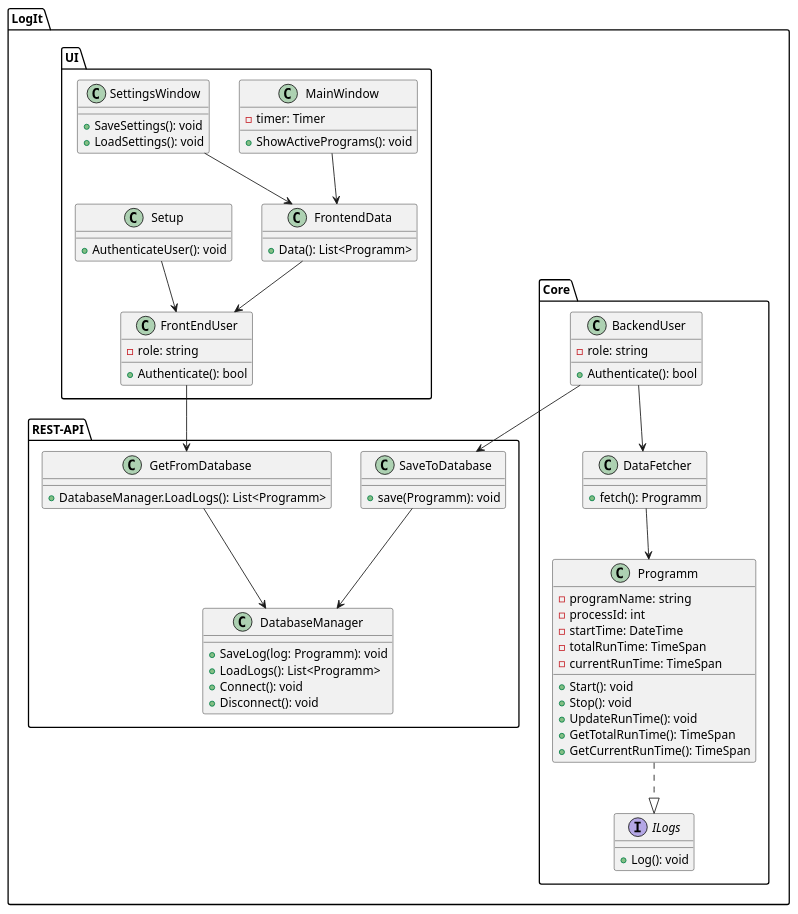
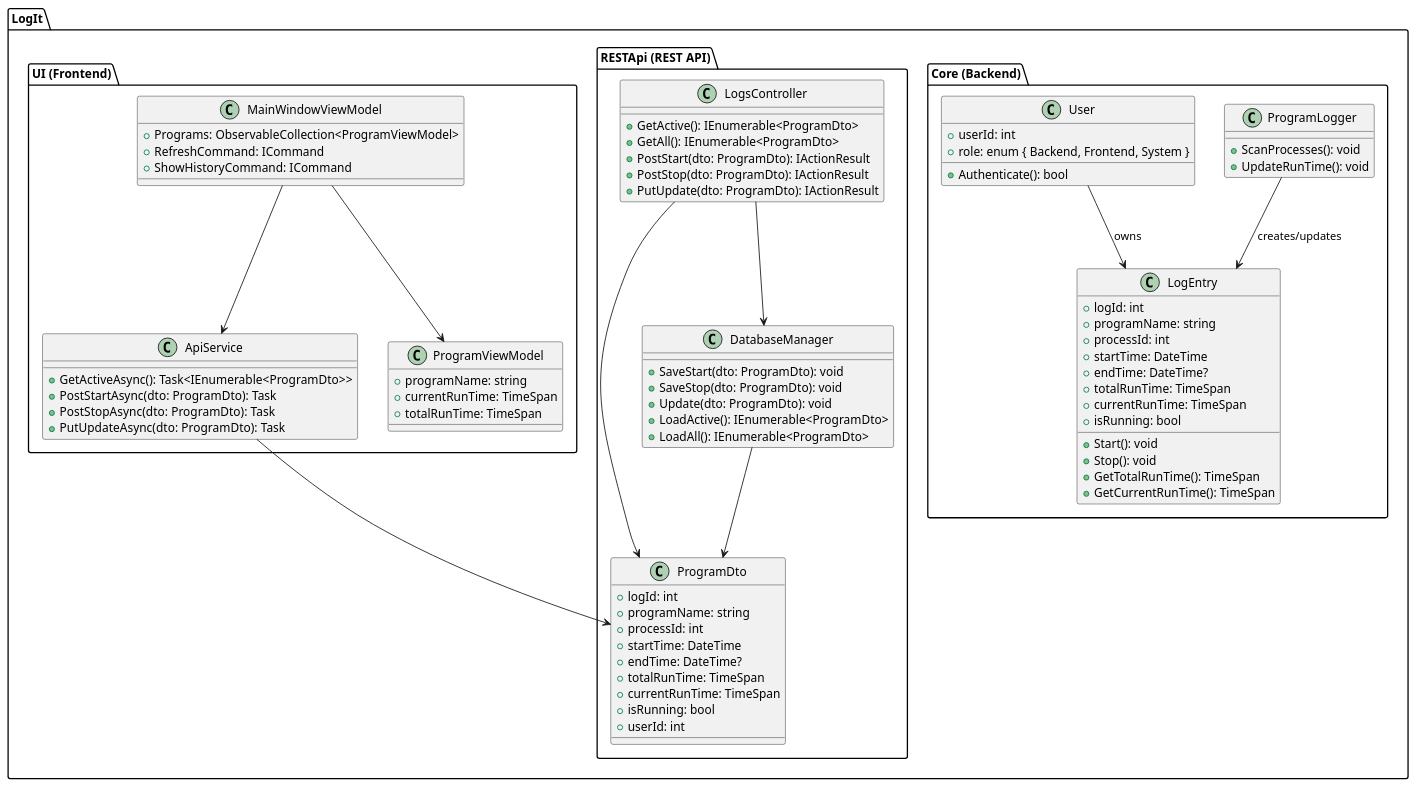
One commit to Schokobaer06/LogIt changed the diagram in doc/klassendiagramm.plantuml. Above: the diagram before and after it, drawn with PlantUML. The commit also changed 2 other files, not shown here.

Commit message:
updated all diagramms & adde ER Diagramm

```diff
--- a/doc/klassendiagramm.plantuml
+++ b/doc/klassendiagramm.plantuml
@@ -1,92 +1,101 @@
-@startuml UML Diagramme
-' Backend-Klassen
-package "LogIt.Core" {
-    class Programm {
-        - programName: string
-        - processId: int
-        - startTime: DateTime
-        - totalRunTime: TimeSpan
-        - currentRunTime: TimeSpan
-        + Start(): void
-        + Stop(): void
-        + UpdateRunTime(): void
-        + GetTotalRunTime(): TimeSpan
-        + GetCurrentRunTime(): TimeSpan
-    }
-    
+@startuml KlassenDiagramm
+'-----------------------------------
+' Backend (LogIt.Core)
+'-----------------------------------
+package "LogIt.Core (Backend)" {
+  class ProgramLogger {
+    + ScanProcesses(): void
+    + UpdateRunTime(): void
+  }
 
-    class BackendUser {
-        - role: string
-        +Authenticate(): bool
-    }
-        
+  class LogEntry {
+    + logId: int
+    + programName: string
+    + processId: int
+    + startTime: DateTime
+    + endTime: DateTime?
+    + totalRunTime: TimeSpan
+    + currentRunTime: TimeSpan
+    + isRunning: bool
+    + Start(): void
+    + Stop(): void
+    + GetTotalRunTime(): TimeSpan
+    + GetCurrentRunTime(): TimeSpan
+  }
 
-    interface ILogs {
-        + Log(): void
-    }
-    
-    class DataFetcher {
-        + fetch(): Programm
-    }
+  class User {
+    + userId: int
+    + role: enum { Backend, Frontend, System }
+    + Authenticate(): bool
+  }
 
-    Programm ..|> ILogs
-    DataFetcher --> Programm
-    BackendUser --> DataFetcher
+  ProgramLogger --> LogEntry : creates/updates
+  User --> LogEntry            : owns
 }
 
-' Frontend-Klassen
-package "LogIt.UI" {
-    class MainWindow {
-        - timer: Timer
-        + ShowActivePrograms(): void
-    }
+'-----------------------------------
+' REST API (LogIt.RESTApi)
+'-----------------------------------
+package "LogIt.RESTApi (REST API)" {
+  class ProgramDto {
+    + logId: int
+    + programName: string
+    + processId: int
+    + startTime: DateTime
+    + endTime: DateTime?
+    + totalRunTime: TimeSpan
+    + currentRunTime: TimeSpan
+    + isRunning: bool
+    + userId: int
+  }
 
-    class SettingsWindow {
-        + SaveSettings(): void
-        + LoadSettings(): void
-    }
+  class LogsController {
+    + GetActive(): IEnumerable<ProgramDto>
+    + GetAll(): IEnumerable<ProgramDto>
+    + PostStart(dto: ProgramDto): IActionResult
+    + PostStop(dto: ProgramDto): IActionResult
+    + PutUpdate(dto: ProgramDto): IActionResult
+  }
 
-    class Setup{
-        + AuthenticateUser(): void
-    }
-        class FrontEndUser {
-        - role: string
-        + Authenticate(): bool
-    }
+  class DatabaseManager {
+    + SaveStart(dto: ProgramDto): void
+    + SaveStop(dto: ProgramDto): void
+    + Update(dto: ProgramDto): void
+    + LoadActive(): IEnumerable<ProgramDto>
+    + LoadAll(): IEnumerable<ProgramDto>
+  }
 
-    class FrontendData {
-        + Data(): List<Programm>
-    }
-
-    Setup --> FrontEndUser
-    FrontendData --> FrontEndUser
-    ' FrontendData --> Setup
-    MainWindow --> FrontendData
-    SettingsWindow --> FrontendData
+  LogsController --> ProgramDto
+  LogsController --> DatabaseManager
+  DatabaseManager --> ProgramDto
 }
 
-' REST-API
-package "LogIt.REST-API" {
-        class DatabaseManager {
-        + SaveLog(log: Programm): void
-        + LoadLogs(): List<Programm>
-        + Connect(): void
-        + Disconnect(): void
-    }
-        class SaveToDatabase {
-        + save(Programm): void
-    }
-        class GetFromDatabase {
-            + DatabaseManager.LoadLogs(): List<Programm>
-        }
+'-----------------------------------
+' Frontend (LogIt.UI)
+'-----------------------------------
+package "LogIt.UI (Frontend)" {
+  class MainWindowViewModel {
+    + Programs: ObservableCollection<ProgramViewModel>
+    + RefreshCommand: ICommand
+    + ShowHistoryCommand: ICommand
+  }
 
+  class ApiService {
+    + GetActiveAsync(): Task<IEnumerable<ProgramDto>>
+    + PostStartAsync(dto: ProgramDto): Task
+    + PostStopAsync(dto: ProgramDto): Task
+    + PutUpdateAsync(dto: ProgramDto): Task
+  }
 
+  class ProgramViewModel {
+    + programName: string
+    + currentRunTime: TimeSpan
+    + totalRunTime: TimeSpan
+  }
 
-    FrontEndUser --> GetFromDatabase
-    BackendUser --> SaveToDatabase
+  MainWindowViewModel --> ApiService
+  MainWindowViewModel --> ProgramViewModel
+  ApiService --> ProgramDto
+}
 
-    SaveToDatabase --> DatabaseManager
-    GetFromDatabase --> DatabaseManager
-    
-}
 @enduml
```
